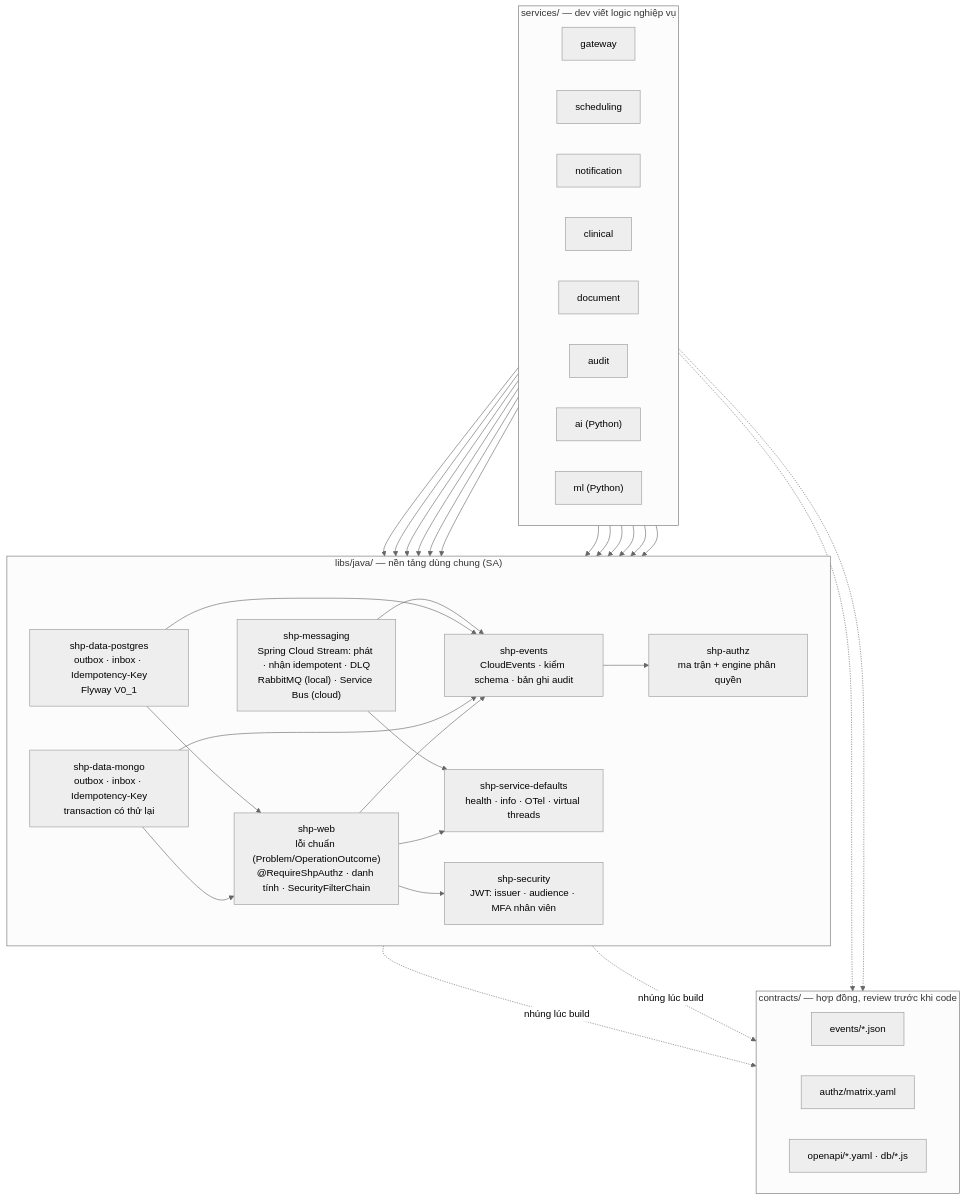
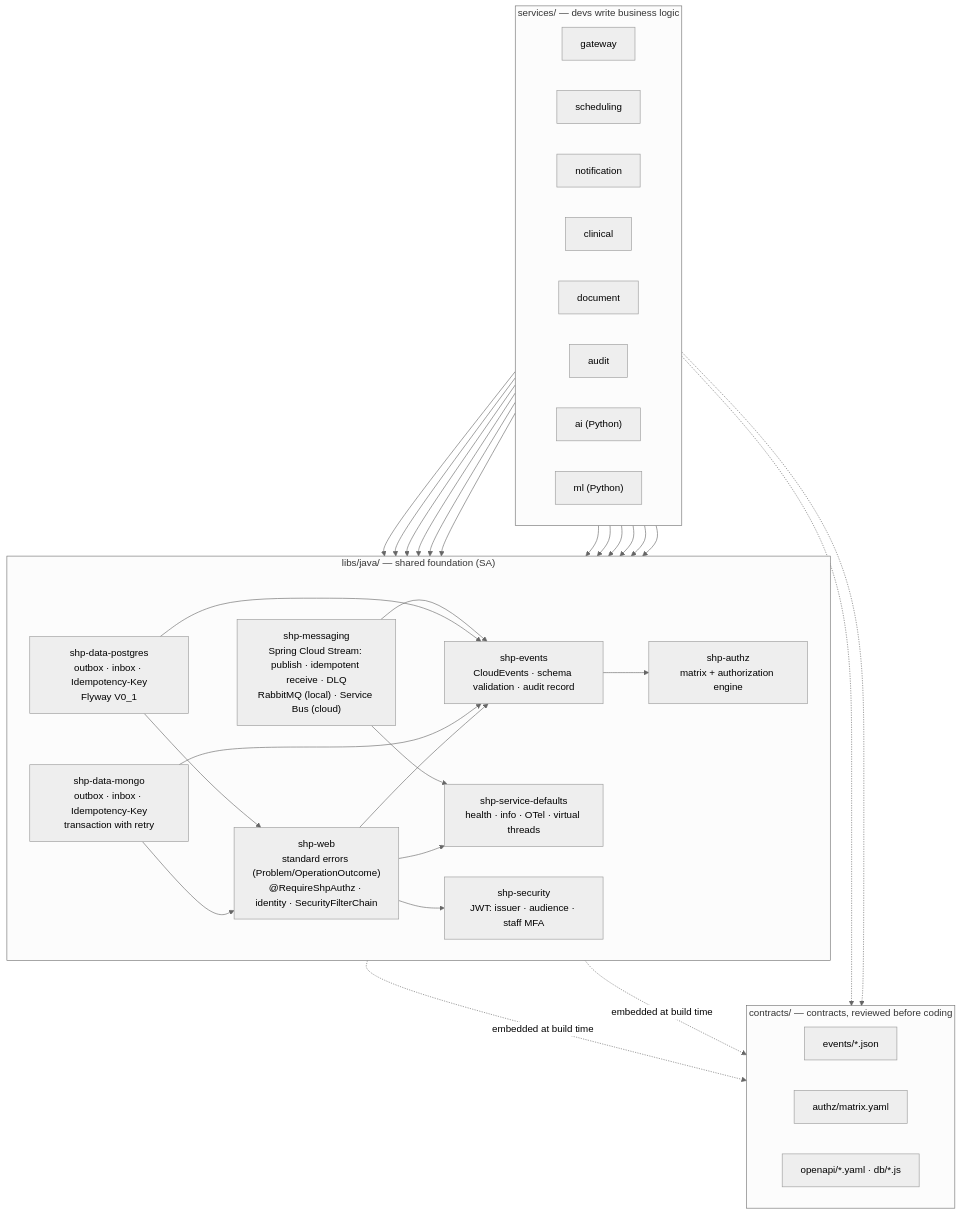
One commit to viethung12062005/smart-hospital-platform changed the fourth of 5 diagrams in docs/03-architecture/overview.md. Above: the diagram before and after it, drawn with Mermaid (neutral theme). The commit also changed other lines of this file and 346 other files, not shown here.

````diff
--- a/docs/03-architecture/overview.md
+++ b/docs/03-architecture/overview.md
@@ -198,46 +198,46 @@
 ```mermaid
 flowchart TB
-  subgraph SVC["services/ — dev viết logic nghiệp vụ"]
+  subgraph SVC["services/ — devs write business logic"]
     direction LR
     GW["gateway"]
     SCH["scheduling"]
     NTF["notification"]
     CLI["clinical"]
     DOC["document"]
     AUD["audit"]
     AI["ai (Python)"]
     ML["ml (Python)"]
   end
 
-  subgraph LIB["libs/java/ — nền tảng dùng chung (SA)"]
+  subgraph LIB["libs/java/ — shared foundation (SA)"]
     direction LR
     DP["shp-data-postgres<br/>outbox · inbox · Idempotency-Key<br/>Flyway V0_1"]
-    DM["shp-data-mongo<br/>outbox · inbox · Idempotency-Key<br/>transaction có thử lại"]
-    WEB["shp-web<br/>lỗi chuẩn (Problem/OperationOutcome)<br/>@RequireShpAuthz · danh tính · SecurityFilterChain"]
-    SEC["shp-security<br/>JWT: issuer · audience · MFA nhân viên"]
-    EV["shp-events<br/>CloudEvents · kiểm schema · bản ghi audit"]
-    MSG["shp-messaging<br/>Spring Cloud Stream: phát · nhận idempotent · DLQ<br/>RabbitMQ (local) · Service Bus (cloud)"]
-    AZ["shp-authz<br/>ma trận + engine phân quyền"]
+    DM["shp-data-mongo<br/>outbox · inbox · Idempotency-Key<br/>transaction with retry"]
+    WEB["shp-web<br/>standard errors (Problem/OperationOutcome)<br/>@RequireShpAuthz · identity · SecurityFilterChain"]
+    SEC["shp-security<br/>JWT: issuer · audience · staff MFA"]
+    EV["shp-events<br/>CloudEvents · schema validation · audit record"]
+    MSG["shp-messaging<br/>Spring Cloud Stream: publish · idempotent receive · DLQ<br/>RabbitMQ (local) · Service Bus (cloud)"]
+    AZ["shp-authz<br/>matrix + authorization engine"]
     SD["shp-service-defaults<br/>health · info · OTel · virtual threads"]
   end
 
-  subgraph CON["contracts/ — hợp đồng, review trước khi code"]
+  subgraph CON["contracts/ — contracts, reviewed before coding"]
     direction LR
     CEV["events/*.json"]
     CAZ["authz/matrix.yaml"]
     COA["openapi/*.yaml · db/*.js"]
   end
 
   SCH --> DP
   NTF & CLI & DOC & AUD --> DM
   SCH & NTF & CLI & DOC & AUD --> MSG
   MSG --> EV & SD
   DP & DM --> WEB
   DP & DM --> EV
   GW --> SEC & SD
   WEB --> SEC & EV & SD
   EV --> AZ
-  EV -. nhúng lúc build .-> CEV
-  AZ -. nhúng lúc build .-> CAZ
+  EV -. embedded at build time .-> CEV
+  AZ -. embedded at build time .-> CAZ
   AI & ML -.-> CON
 ```
````
